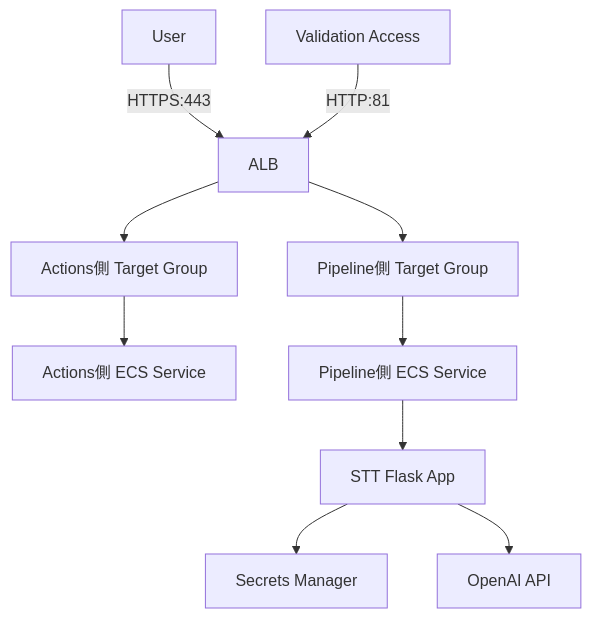
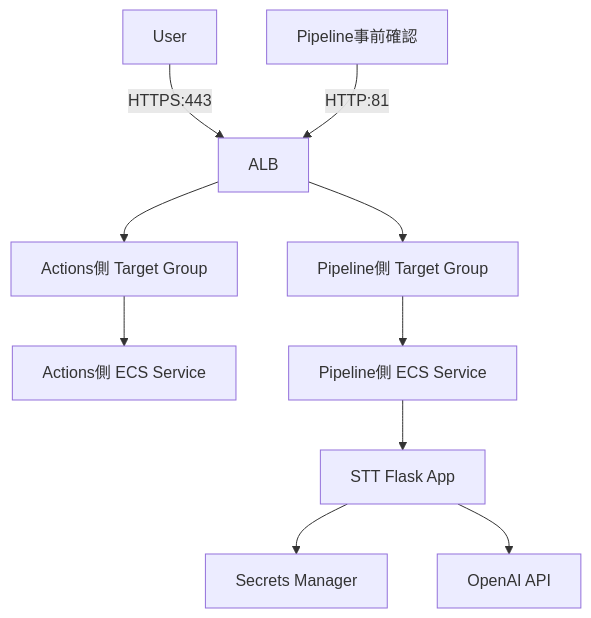
Before and after one commit to qp-git/engineer-portfolio: the second of 4 diagrams in projects/stt-ecs-cicd-migration/architecture.md, drawn with Mermaid.

Commit message:
Update Validator label in architecture diagram

````diff
--- a/projects/stt-ecs-cicd-migration/architecture.md
+++ b/projects/stt-ecs-cicd-migration/architecture.md
@@ -35,13 +35,13 @@
 ```mermaid
 flowchart TB
     User[User] -->|HTTPS:443| ALB[ALB]
     ALB --> ActionsTG[Actions側 Target Group]
     ActionsTG --> ActionsSvc[Actions側 ECS Service]
 
-    Validator[Validation Access] -->|HTTP:81| ALB
+    Validator[Pipeline事前確認] -->|HTTP:81| ALB
     ALB --> PipelineTG[Pipeline側 Target Group]
     PipelineTG --> PipelineSvc[Pipeline側 ECS Service]
     PipelineSvc --> App[STT Flask App]
     App --> Secrets[Secrets Manager]
     App --> OpenAI[OpenAI API]
 ```
````
